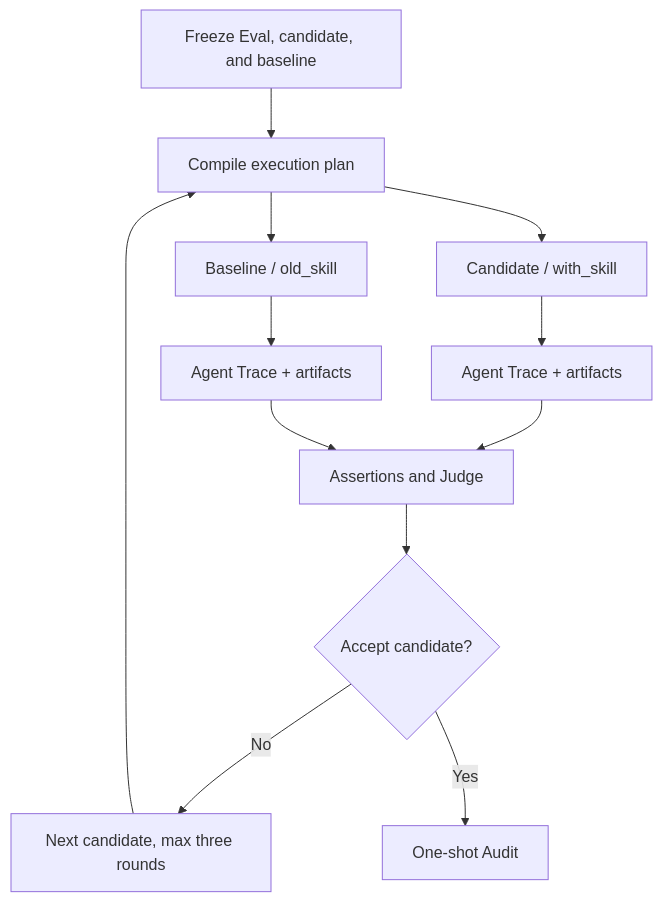
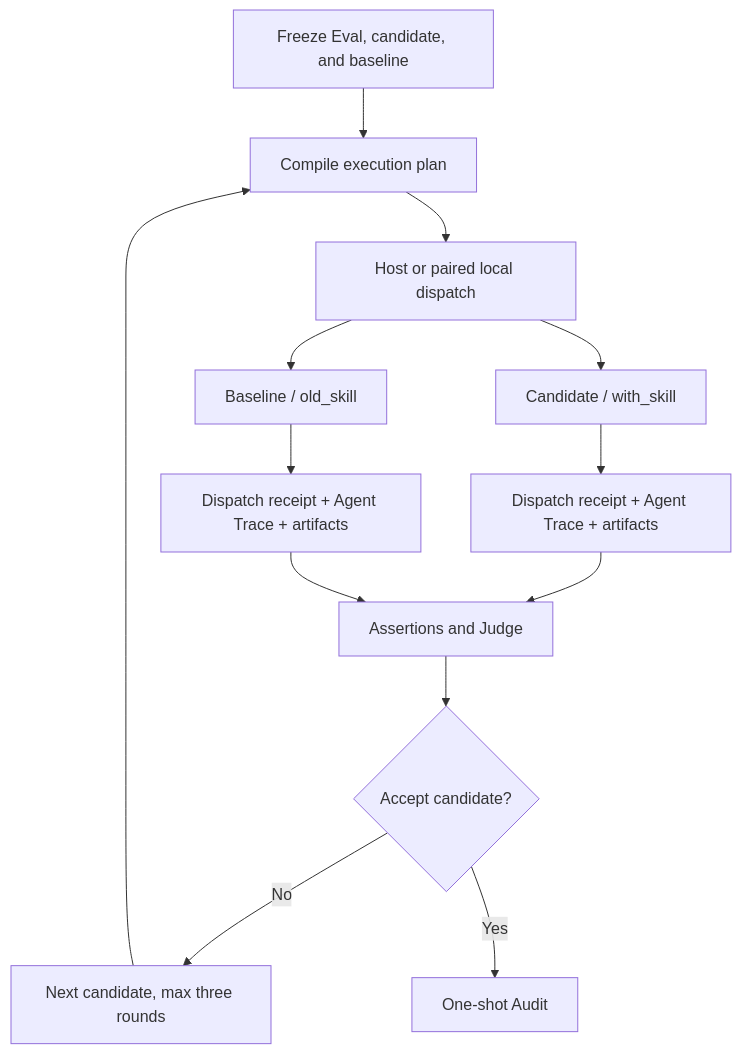
The second of 2 diagrams in README.md (Nirvana-Jie/skill-reviewer), drawn with Mermaid before and after one commit. The commit also changed other lines of this file and 36 other files, not shown here.

````diff
--- a/README.md
+++ b/README.md
@@ -99,14 +105,15 @@
 ```mermaid
 flowchart TB
     M["Freeze Eval, candidate, and baseline"] --> C["Compile execution plan"]
-    C --> W["Candidate / with_skill"]
-    C --> O["Baseline / old_skill"]
-    W --> T1["Agent Trace + artifacts"]
-    O --> T2["Agent Trace + artifacts"]
+    C --> D["Host or paired local dispatch"]
+    D --> W["Candidate / with_skill"]
+    D --> O["Baseline / old_skill"]
+    W --> T1["Dispatch receipt + Agent Trace + artifacts"]
+    O --> T2["Dispatch receipt + Agent Trace + artifacts"]
     T1 --> G["Assertions and Judge"]
     T2 --> G
     G --> P{"Accept candidate?"}
     P -- "No" --> N["Next candidate, max three rounds"]
     N --> C
     P -- "Yes" --> A["One-shot Audit"]
 ```
````
